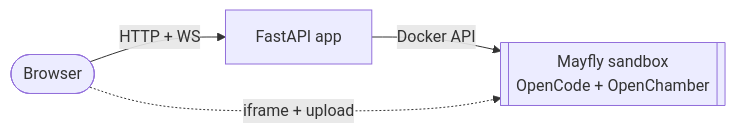
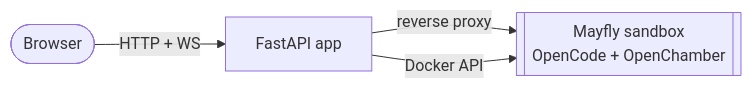
Before and after one commit to Th3R3alDuk3/Mayfly: the diagram in README.md, drawn with Mermaid. The commit also changed other lines of this file and 17 other files, not shown here.

````diff
--- a/README.md
+++ b/README.md
@@ -19,6 +19,6 @@
 ```mermaid
 flowchart LR
   B([Browser]) -- HTTP + WS --> A[FastAPI app]
-  A -- Docker API --> M[[Mayfly sandbox<br/>OpenCode + OpenChamber]]
-  B -. iframe + upload .-> M
+  A -- reverse proxy --> M[[Mayfly sandbox<br/>OpenCode + OpenChamber]]
+  A -- Docker API --> M
 ```
````
